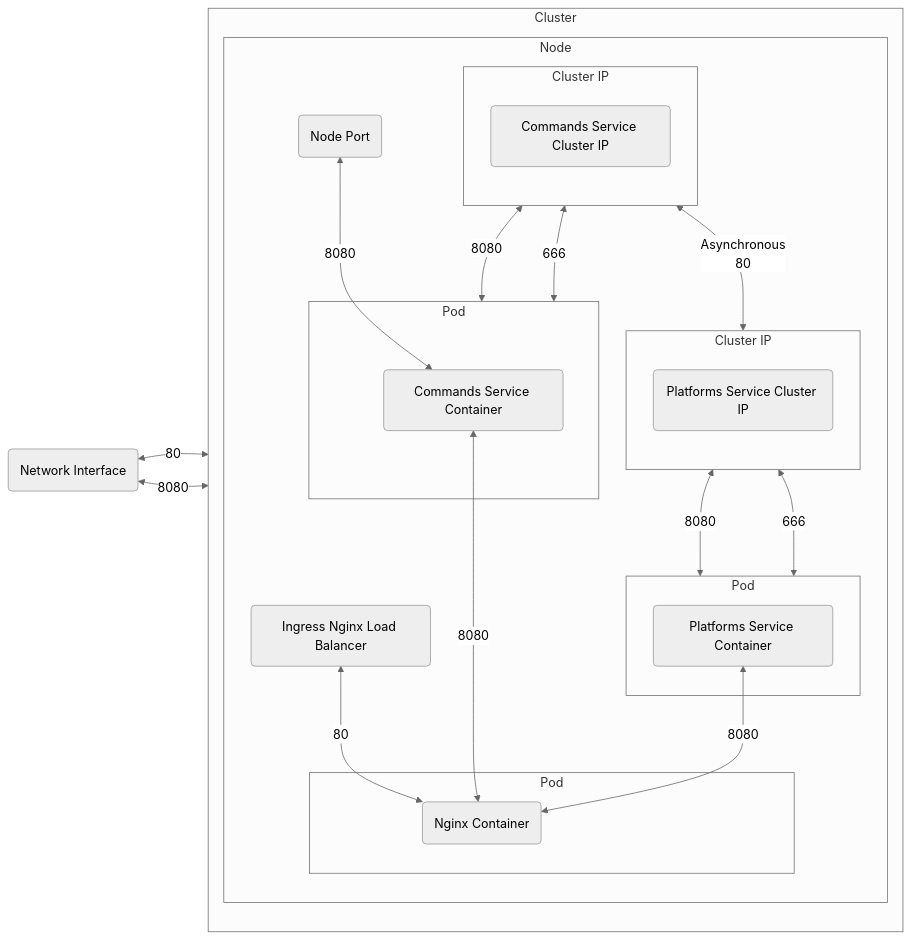
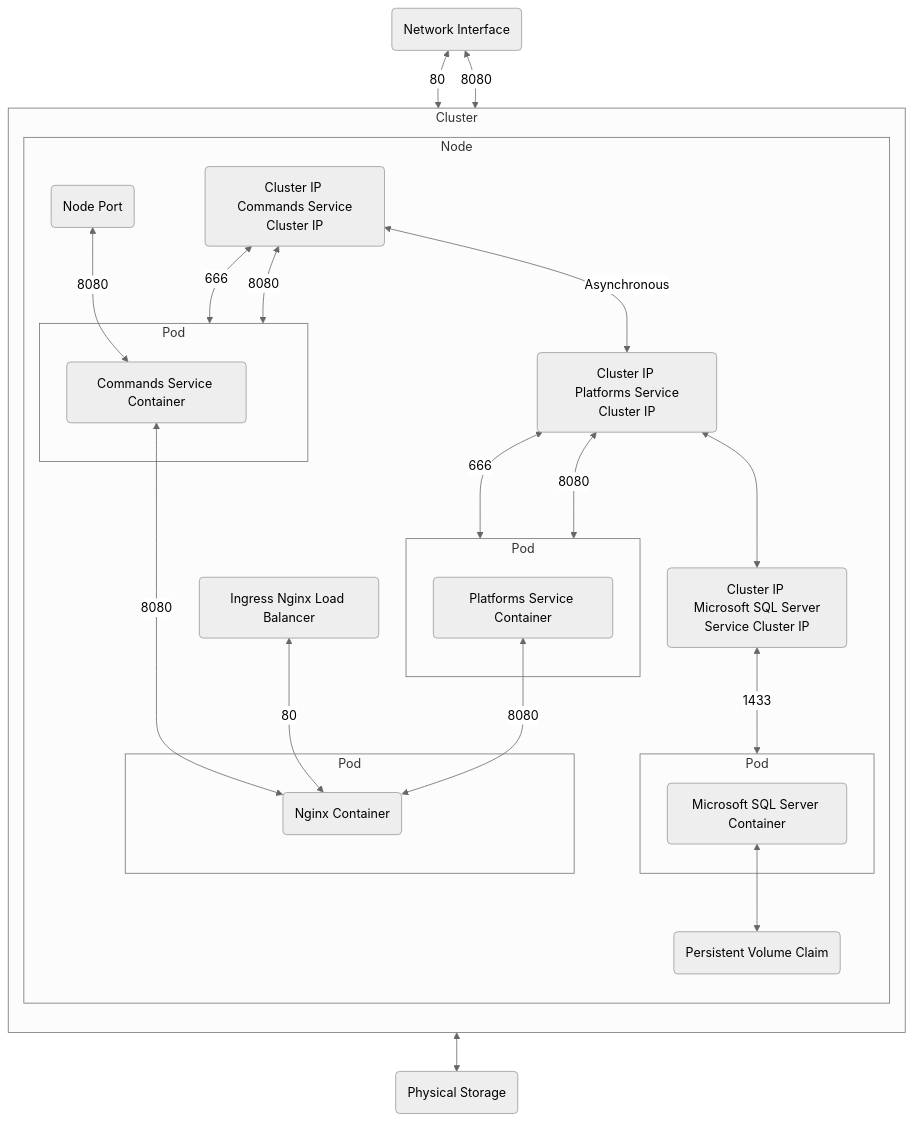
One commit to nooneknowspeter/k8s-microservices changed the first of 3 diagrams in README.md. Above: the diagram before and after it, drawn with Mermaid. The commit also changed other lines of this file, not shown here.

````diff
--- a/README.md
+++ b/README.md
@@ -55,65 +56,78 @@
 ```mermaid
 ---
 <!-- title: Diagram Illustrating Cluster Architecture of Microservices Deployments and Service Configurations -->
 config:
     theme: neutral
 ---
 
-graph LR;
+graph TD;
     %% network interface
     networkInterface( Network Interface )
     networkInterface <--80--> ingressController
     networkInterface <--8080--> nodePort
+
+    %% storage
+    storage( Physical Storage )
+    mssqlPersistentVolumeClaim <--> storage
 
     %% minikube cluster
     subgraph cluster[ Cluster ]
         direction BT;
 
         subgraph node[ Node ]
             %% commands service
             subgraph commandsPod[ Pod ]
                 commandsServiceContainer( Commands Service Container)
             end
 
-            commandsPod <--8080--> commandsClusterIPService
-            commandsPod <--666--> commandsClusterIPService
+            commandsPod <--8080--> commandsClusterIP
+            commandsPod <--666--> commandsClusterIP
 
-            subgraph commandsClusterIPService[ Cluster IP ]
-                commandsClusterIP( Commands Service Cluster IP )
-            end
+            commandsClusterIP( Cluster IP \n Commands Service Cluster IP )
 
             %% platforms service
             subgraph platformsPod[ Pod ]
                 platformsServiceContainer( Platforms Service Container)
             end
 
-            platformsPod <--8080--> platformsClusterIPService
-            platformsPod <--666--> platformsClusterIPService
+            platformsPod <--8080--> platformsClusterIP
+            platformsPod <--666--> platformsClusterIP
 
-            subgraph platformsClusterIPService[ Cluster IP ]
-                platformsClusterIP( Platforms Service Cluster IP )
-            end
+            platformsClusterIP( Cluster IP \n Platforms Service Cluster IP )
 
             %% nginx
             subgraph nginxPod[ Pod ]
                 nginxContainer( Nginx Container)
             end
 
+            %% persistent volume Claim
+            mssqlPersistentVolumeClaim(Persistent Volume Claim)
+            mssqlPersistentVolumeClaim <--> mssqlContainer
+
+            %% mssql server
+            subgraph mssqlPod[ Pod ]
+                mssqlContainer( Microsoft SQL Server Container)
+            end
+
+            mssqlPod <--1433--> mssqlClusterIP
+            mssqlClusterIP <--> platformsClusterIP
+
+            mssqlClusterIP( Cluster IP \n Microsoft SQL Server Service Cluster IP )
 
             %% node port
             nodePort( Node Port )
 
 
             %% ingress controller
             ingressController( Ingress Nginx Load Balancer )
 
             %% connections
             commandsServiceContainer <--8080--> nodePort
             nginxContainer <--80--> ingressController
             nginxContainer <--8080--> platformsServiceContainer
             nginxContainer <--8080--> commandsServiceContainer
-            platformsClusterIPService <--Asynchronous \n 80--> commandsClusterIPService
+            platformsClusterIP <--Asynchronous--> commandsClusterIP
 
         end
     end
 ```
````
